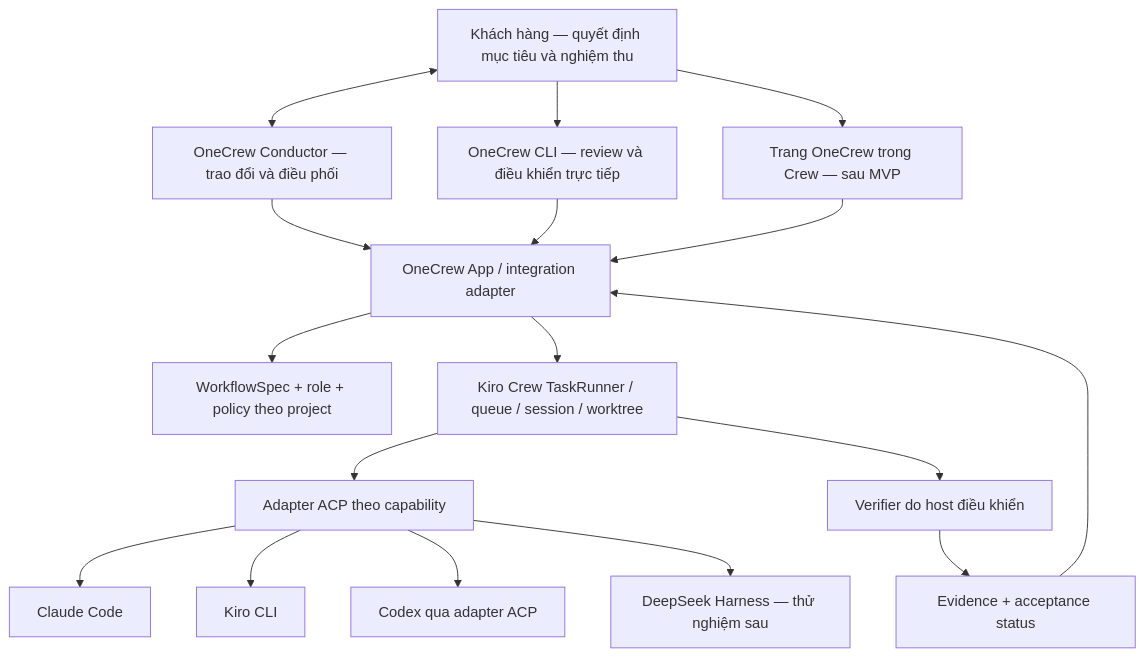
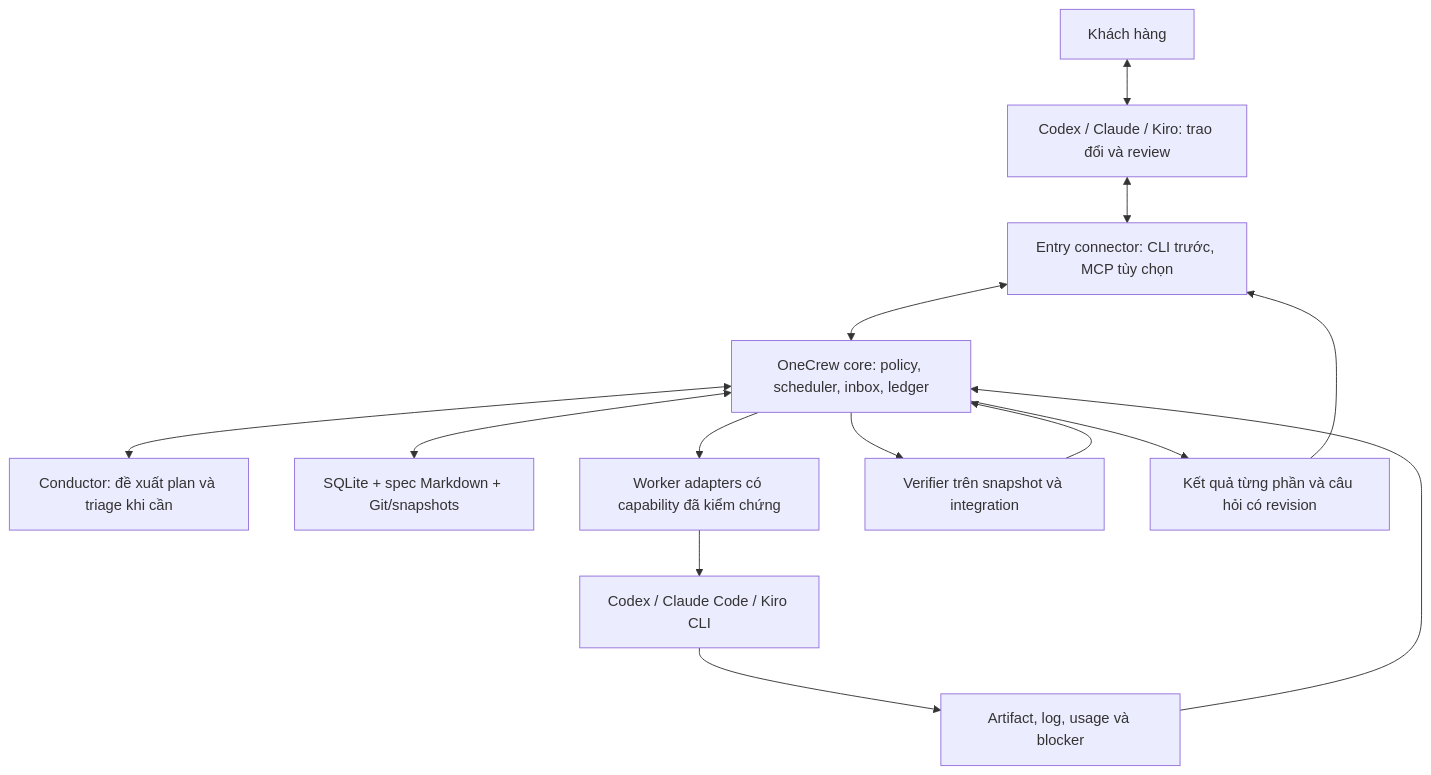
One commit to tamnguyendev/one-crew changed the diagram in docs/architecture.vi.md. Above: the diagram before and after it, drawn with Mermaid. The commit also changed other lines of this file and 6 other files, not shown here.

Commit message:
docs(architecture): define portable OneCrew orchestration OC01-OC12

````diff
--- a/docs/architecture.vi.md
+++ b/docs/architecture.vi.md
@@ -19,19 +44,16 @@
 ```mermaid
 flowchart TD
-    U[Khách hàng — quyết định mục tiêu và nghiệm thu] <--> CON[OneCrew Conductor — trao đổi và điều phối]
-    CON --> APP[OneCrew App / integration adapter]
-    U --> CLI[OneCrew CLI — review và điều khiển trực tiếp]
-    U --> UI[Trang OneCrew trong Crew — sau MVP]
-    CLI --> APP
-    UI --> APP
-    APP --> SPEC[WorkflowSpec + role + policy theo project]
-    APP --> CREW[Kiro Crew TaskRunner / queue / session / worktree]
-    CREW --> ACP[Adapter ACP theo capability]
-    ACP --> CC[Claude Code]
-    ACP --> KC[Kiro CLI]
-    ACP --> CODEX[Codex qua adapter ACP]
-    ACP --> DSH[DeepSeek Harness — thử nghiệm sau]
-    CREW --> GATE[Verifier do host điều khiển]
-    GATE --> E[Evidence + acceptance status]
-    E --> APP
+    U[Khách hàng] <--> E[Codex / Claude / Kiro: trao đổi và review]
+    E <--> C[Entry connector: CLI trước, MCP tùy chọn]
+    C <--> O[OneCrew core: policy, scheduler, inbox, ledger]
+    O <--> P[Conductor: đề xuất plan và triage khi cần]
+    O <--> S[SQLite + spec Markdown + Git/snapshots]
+    O --> A[Worker adapters có capability đã kiểm chứng]
+    A --> W[Codex / Claude Code / Kiro CLI]
+    W --> R[Artifact, log, usage và blocker]
+    R --> O
+    O --> V[Verifier trên snapshot và integration]
+    V --> O
+    O --> Q[Kết quả từng phần và câu hỏi có revision]
+    Q --> C
 ```
````
